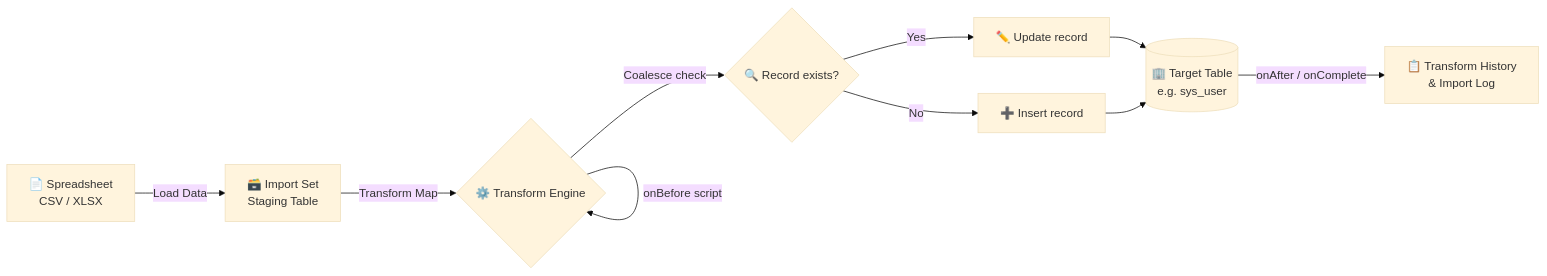
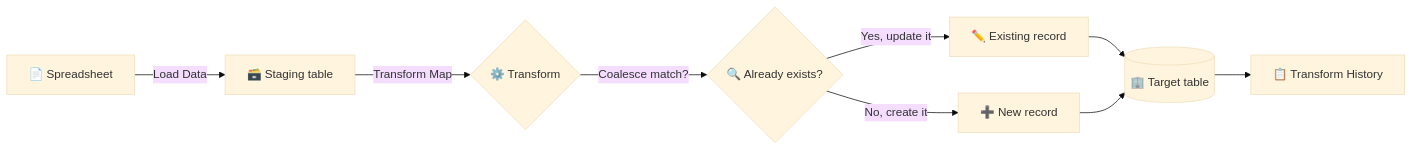
One commit to ajithram41-cricket/Service-Now-System-Administrator---Naan-Mudhalvan-Engineering changed the diagram in README.md. Above: the diagram before and after it, drawn with Mermaid (base theme). The commit also changed other lines of this file, not shown here.

````diff
--- a/README.md
+++ b/README.md
@@ -72,12 +55,11 @@
 ```mermaid
 flowchart LR
-    A[📄 Spreadsheet<br/>CSV / XLSX] -->|Load Data| B[🗃️ Import Set<br/>Staging Table]
-    B -->|Transform Map| C{⚙️ Transform Engine}
-    C -->|onBefore script| C
-    C -->|Coalesce check| D{🔍 Record exists?}
-    D -->|Yes| E[✏️ Update record]
-    D -->|No| F[➕ Insert record]
-    E --> G[(🏢 Target Table<br/>e.g. sys_user)]
+    A[📄 Spreadsheet] -->|Load Data| B[🗃️ Staging table]
+    B -->|Transform Map| C{⚙️ Transform}
+    C -->|Coalesce match?| D{🔍 Already exists?}
+    D -->|Yes, update it| E[✏️ Existing record]
+    D -->|No, create it| F[➕ New record]
+    E --> G[(🏢 Target table)]
     F --> G
-    G -->|onAfter / onComplete| H[📋 Transform History<br/>& Import Log]
+    G --> H[📋 Transform History]
 ```
````
